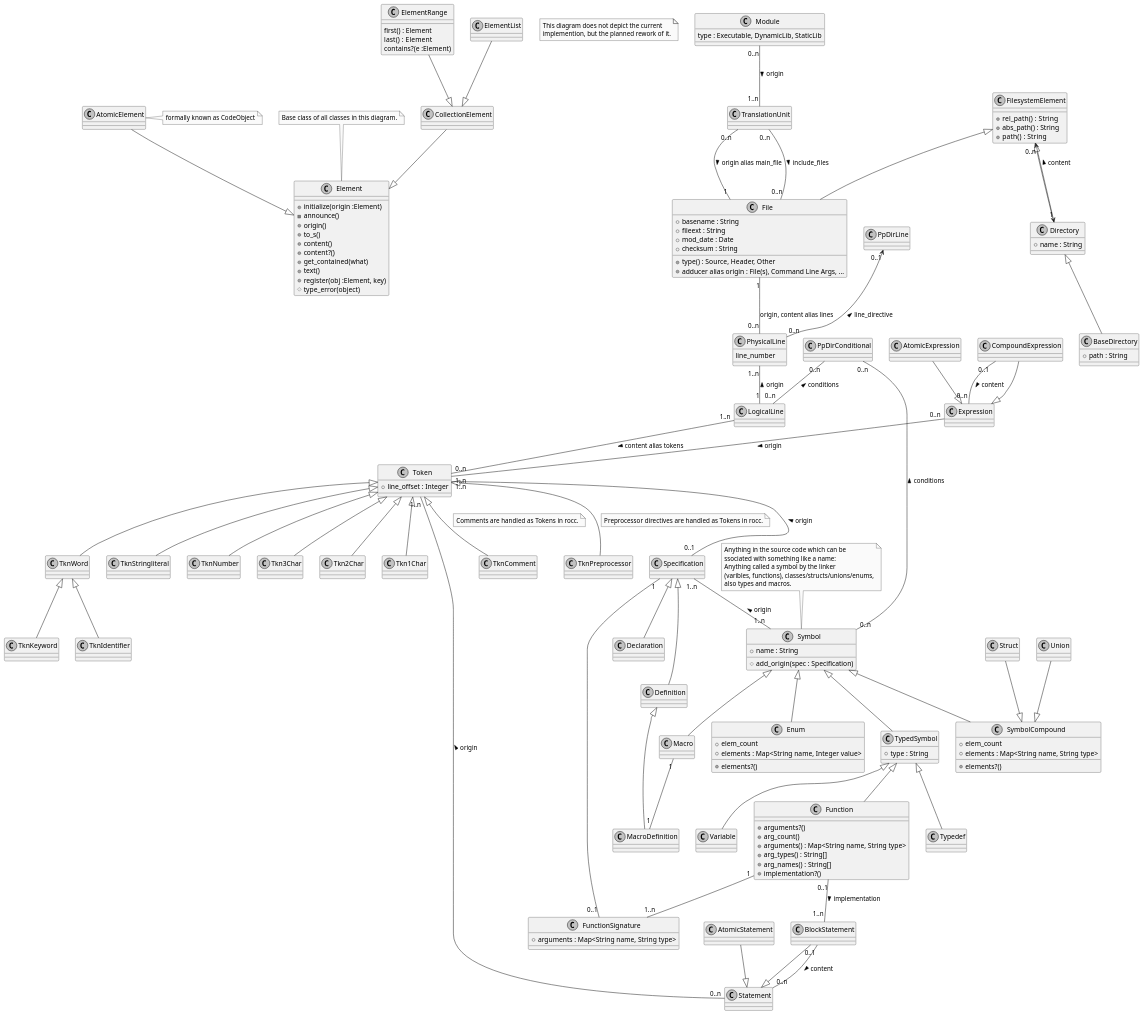
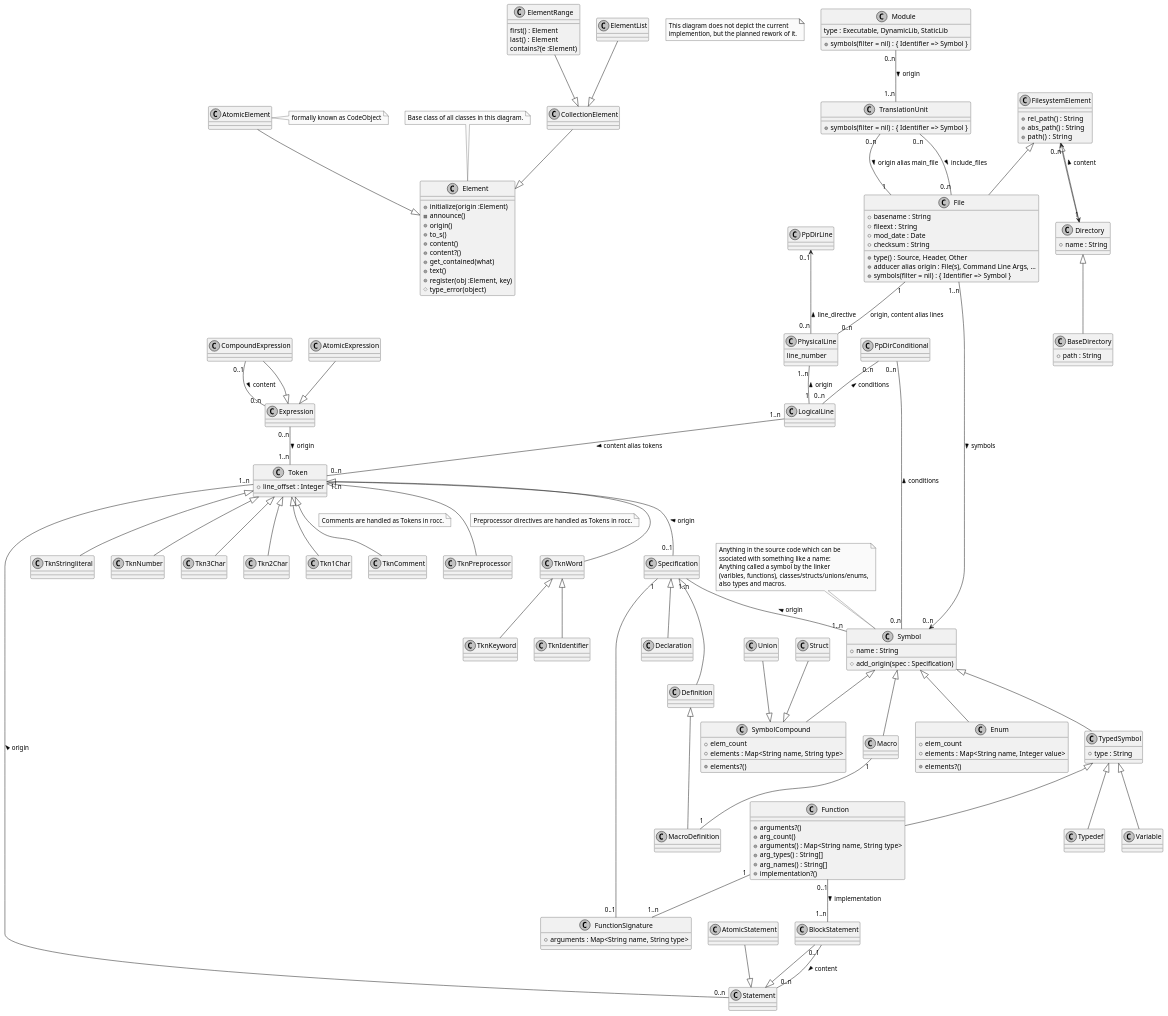
The diagram in design/classes.puml (thilo-fischer/rocc), drawn with PlantUML before and after one commit. The commit also changed 5 other files, not shown here.

```diff
--- a/design/classes.puml
+++ b/design/classes.puml
@@ -54,9 +54,11 @@
 
 class Module {
   type : Executable, DynamicLib, StaticLib
+  + symbols(filter = nil) : { Identifier => Symbol }
 }
 
 class TranslationUnit {
+  + symbols(filter = nil) : { Identifier => Symbol }
 }
 Module "0..n" -- "1..n" TranslationUnit : origin >
 
@@ -81,10 +83,12 @@
   + checksum : String
   ' From where did the analysis lead rocc to this file? Can be multiple sources.
   + adducer alias origin : File(s), Command Line Args, ...
+  + symbols(filter = nil) : { Identifier => Symbol }
 }
 FilesystemElement <|-- File
 TranslationUnit   "0..n"  -- "1" File : origin alias main_file >
 TranslationUnit "0..n" -- "0..n" File : include_files >
+Symbol "0..n" <-- "1..n" File : symbols <
 
 class Directory {
   + name : String
```
